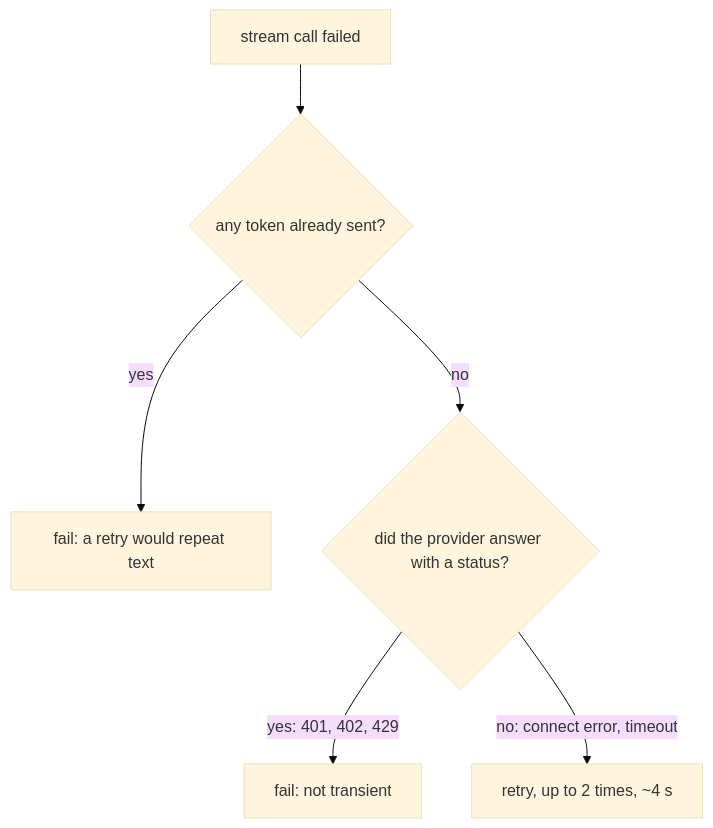
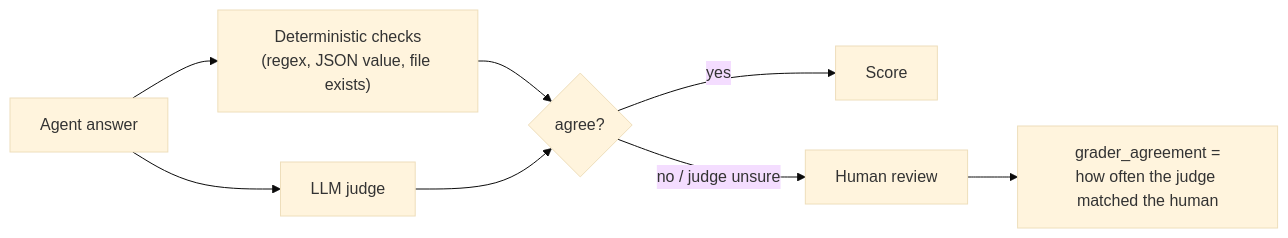
Before and after one commit to KaushalJainAI/AIAAS: the seventh of 8 diagrams in LLD_Guide/02_Backend_LLD_Patterns.md, drawn with Mermaid (base theme). The commit also changed other lines of this file and 323 other files, not shown here.

````diff
--- a/LLD_Guide/02_Backend_LLD_Patterns.md
+++ b/LLD_Guide/02_Backend_LLD_Patterns.md
@@ -1377,8 +980,10 @@
 ```mermaid
-flowchart TD
-    F[stream call failed] --> Q1{any token already sent?}
-    Q1 -- yes --> Fail[fail: a retry would repeat text]
-    Q1 -- no --> Q2{did the provider answer with a status?}
-    Q2 -- "yes: 401, 402, 429" --> Fail2[fail: not transient]
-    Q2 -- "no: connect error, timeout" --> R["retry, up to 2 times, ~4 s"]
+flowchart LR
+    Ans[Agent answer] --> G1["Deterministic checks<br/>(regex, JSON value, file exists)"]
+    Ans --> G2[LLM judge]
+    G1 --> D{agree?}
+    G2 --> D
+    D -- yes --> Score[Score]
+    D -- "no / judge unsure" --> H[Human review]
+    H --> Agree["grader_agreement =<br/>how often the judge matched the human"]
 ```
````
